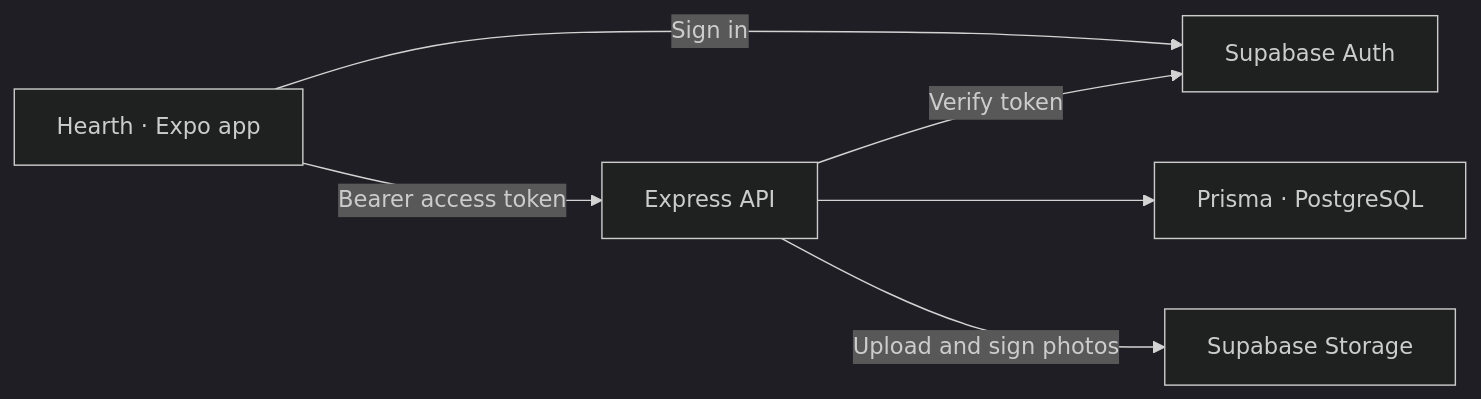
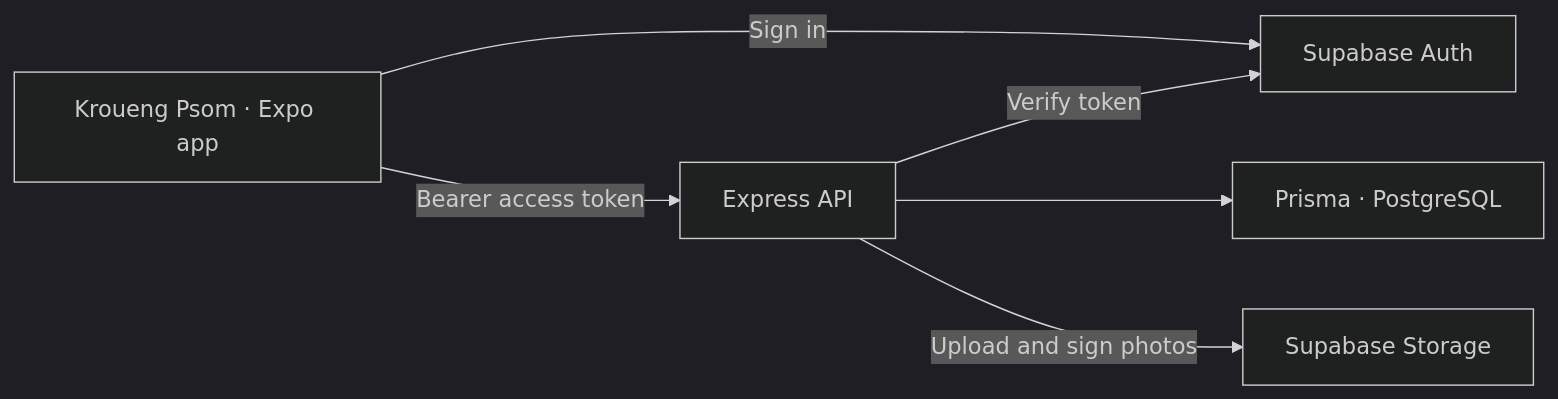
The diagram in README.md (nak89/recipe-book-backend), drawn with Mermaid (dark theme) before and after one commit. The commit also changed other lines of this file and 1 other file, not shown here.

Commit message:
Use Kroueng Psom branding in the API showcase

````diff
--- a/README.md
+++ b/README.md
@@ -38,8 +38,8 @@
 ```mermaid
 flowchart LR
-  App["Hearth · Expo app"] -->|"Sign in"| Auth["Supabase Auth"]
+  App["Kroueng Psom · Expo app"] -->|"Sign in"| Auth["Supabase Auth"]
   App -->|"Bearer access token"| API["Express API"]
   API -->|"Verify token"| Auth
   API --> Prisma["Prisma · PostgreSQL"]
   API -->|"Upload and sign photos"| Storage["Supabase Storage"]
 ```
````
